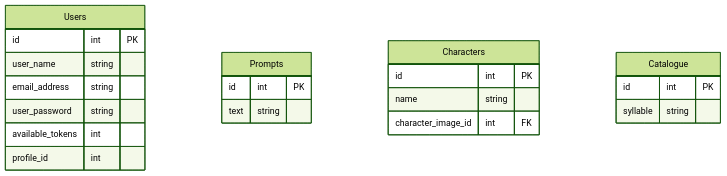
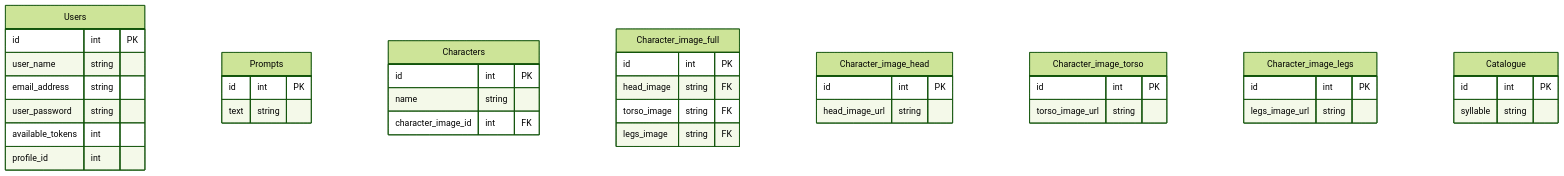
The second of 2 diagrams in README.md (Wren00/create-an-orc), drawn with Mermaid (forest theme) before and after one commit. The commit also changed other lines of this file, not shown here.

````diff
--- a/README.md
+++ b/README.md
@@ -58,24 +58,42 @@
 ```mermaid
 erDiagram
-	Users{
- 	id int PK
-    user_name string
-    email_address string
-    user_password string
-    available_tokens int
-    profile_id int
+Users{
+	id int PK
+	user_name string
+	email_address string
+	user_password string
+	available_tokens int
+	profile_id int
 }
 Prompts{
  	id int PK
-    text string 
+	text string 
 }
 Characters{
  	id int PK
-    name string
-    character_image_id int FK
+	name string
+	character_image_id int FK
+}
+Character_image_full {
+	id int PK
+	head_image string FK
+	torso_image string FK
+	legs_image string FK
+}
+Character_image_head {
+	id int PK
+	head_image_url string
+}
+Character_image_torso {
+	id int PK
+	torso_image_url string
+}
+Character_image_legs {
+	id int PK
+	legs_image_url string
 }
 Catalogue {
     id int PK
     syllable string
 }
 ```
````
